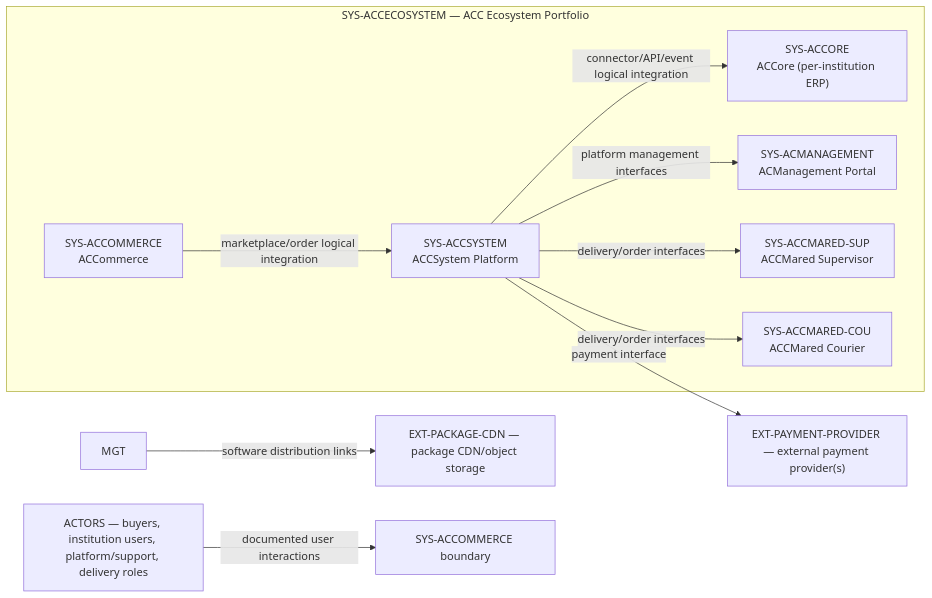
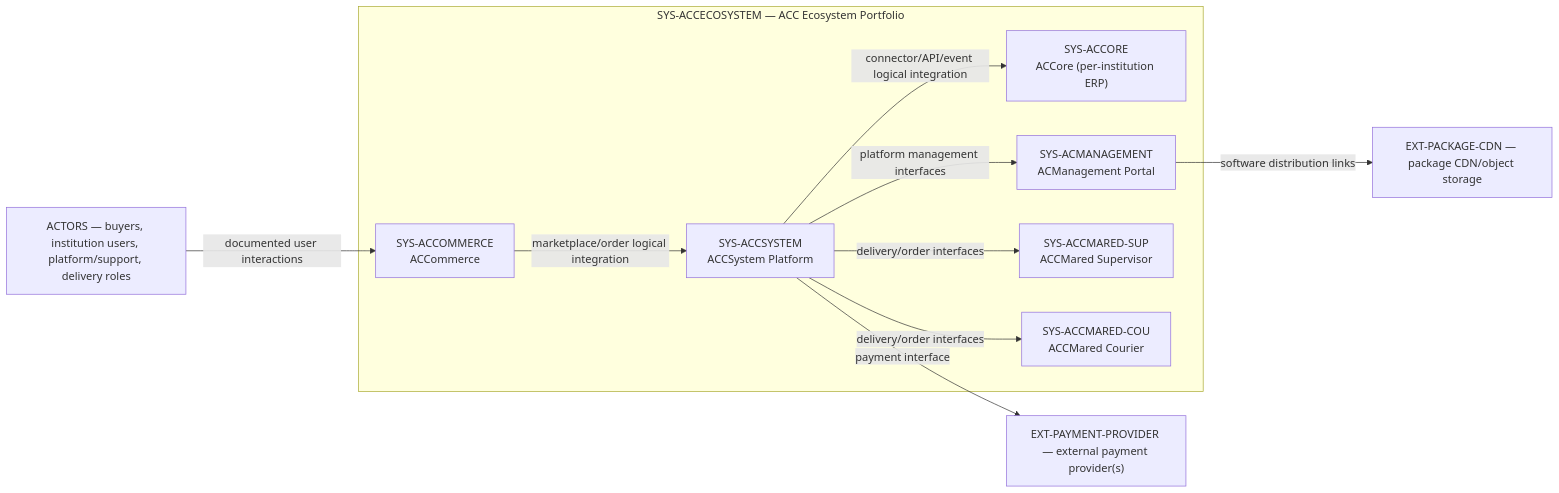
Before and after one commit to Emran025/accsystem: the first of 14 diagrams in acc-architecture/c1-context/c4-context-and-container-overlays.md, drawn with Mermaid. The commit also changed other lines of this file and 21 other files, not shown here.

````diff
--- a/acc-architecture/c1-context/c4-context-and-container-overlays.md
+++ b/acc-architecture/c1-context/c4-context-and-container-overlays.md
@@ -17,22 +19,22 @@
 ```mermaid
 flowchart LR
   subgraph ECO["SYS-ACCECOSYSTEM — ACC Ecosystem Portfolio"]
     SYS_ACCSYSTEM["SYS-ACCSYSTEM\nACCSystem Platform"]
     SYS_ACCORE["SYS-ACCORE\nACCore (per-institution ERP)"]
     SYS_ACCOMMERCE["SYS-ACCOMMERCE\nACCommerce"]
     SYS_ACMANAGEMENT["SYS-ACMANAGEMENT\nACManagement Portal"]
     SYS_ACCMARED_SUP["SYS-ACCMARED-SUP\nACCMared Supervisor"]
     SYS_ACCMARED_COU["SYS-ACCMARED-COU\nACCMared Courier"]
   end
   ACT["ACTORS — buyers, institution users, platform/support, delivery roles"]
   PAY["EXT-PAYMENT-PROVIDER — external payment provider(s)"]
   CDN["EXT-PACKAGE-CDN — package CDN/object storage"]
-  ACT -->|documented user interactions| COM["SYS-ACCOMMERCE boundary"]
+  ACT -->|documented user interactions| SYS_ACCOMMERCE
   SYS_ACCOMMERCE -->|marketplace/order logical integration| SYS_ACCSYSTEM
   SYS_ACCSYSTEM -->|connector/API/event logical integration| SYS_ACCORE
   SYS_ACCSYSTEM -->|platform management interfaces| SYS_ACMANAGEMENT
   SYS_ACCSYSTEM -->|delivery/order interfaces| SYS_ACCMARED_SUP
   SYS_ACCSYSTEM -->|delivery/order interfaces| SYS_ACCMARED_COU
   SYS_ACCSYSTEM -->|payment interface| PAY
-  MGT -->|software distribution links| CDN
+  SYS_ACMANAGEMENT -->|software distribution links| CDN
 ```
````
